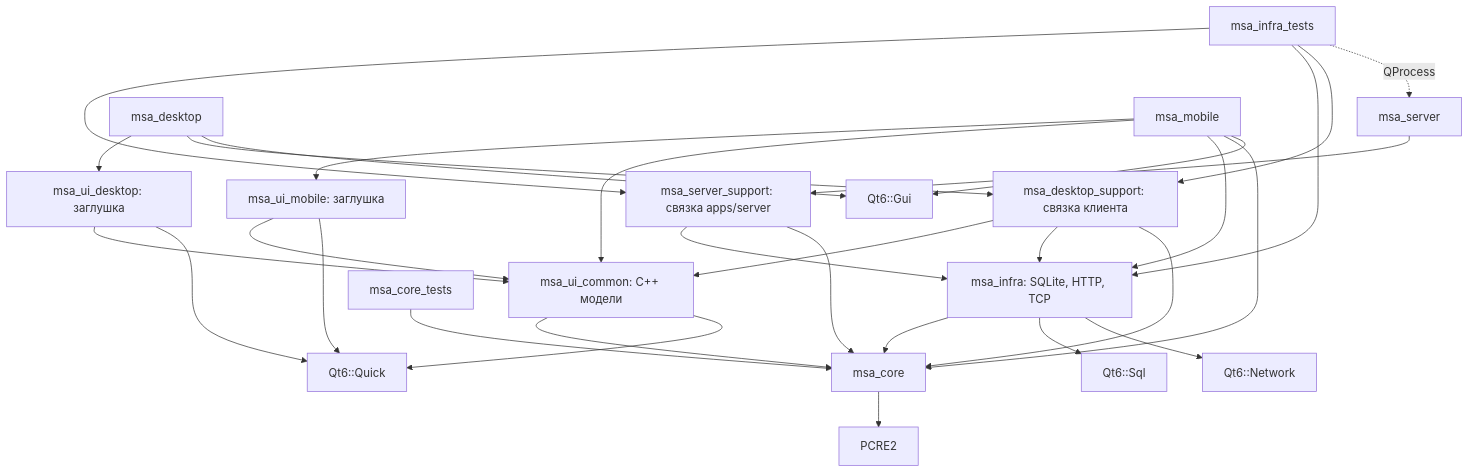
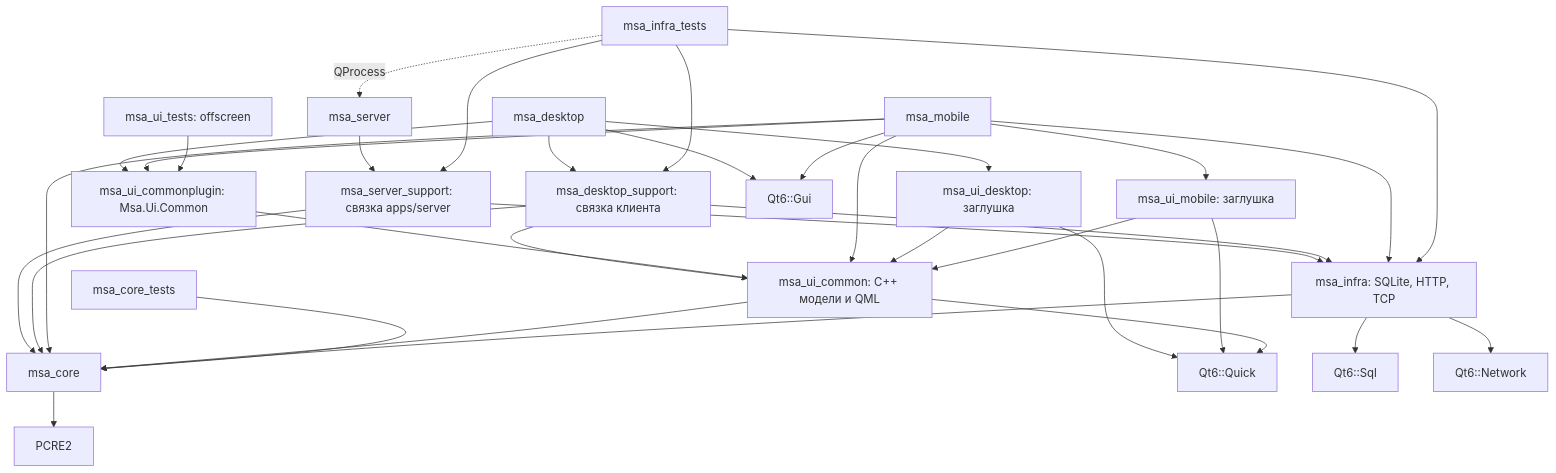
The first of 2 diagrams in docs/architecture.md (TasFoma/MySuperAssistant), drawn with Mermaid before and after one commit. The commit also changed other lines of this file and 30 other files, not shown here.

````diff
--- a/docs/architecture.md
+++ b/docs/architecture.md
@@ -48,32 +48,36 @@
 ```mermaid
 flowchart TD
     server[msa_server] --> support[msa_server_support: связка apps/server]
     support --> infra[msa_infra: SQLite, HTTP, TCP]
     support --> core[msa_core]
     desktop[msa_desktop] --> desktopUI[msa_ui_desktop: заглушка]
     desktop --> desktopSupport[msa_desktop_support: связка клиента]
-    desktopSupport --> common[msa_ui_common: C++ модели]
+    desktopSupport --> common[msa_ui_common: C++ модели и QML]
+    desktop --> plugin[msa_ui_commonplugin: Msa.Ui.Common]
+    mobile --> plugin
+    plugin --> common
     desktopSupport --> infra
     desktopSupport --> core
     desktop --> gui[Qt6::Gui]
     mobile[msa_mobile] --> mobileUI[msa_ui_mobile: заглушка]
     mobile --> common
     mobile --> infra
     mobile --> core
     mobile --> gui
     desktopUI --> common
     desktopUI --> quick[Qt6::Quick]
     mobileUI --> common
     mobileUI --> quick
     common --> core
     common --> quick
     infra --> core
     infra --> sql[Qt6::Sql]
     infra --> network[Qt6::Network]
     core --> pcre[PCRE2]
     coreTests[msa_core_tests] --> core
     infraTests[msa_infra_tests] --> support
     infraTests --> infra
     infraTests --> desktopSupport
+    uiTests[msa_ui_tests: offscreen] --> plugin
     infraTests -. QProcess .-> server
 ```
````
